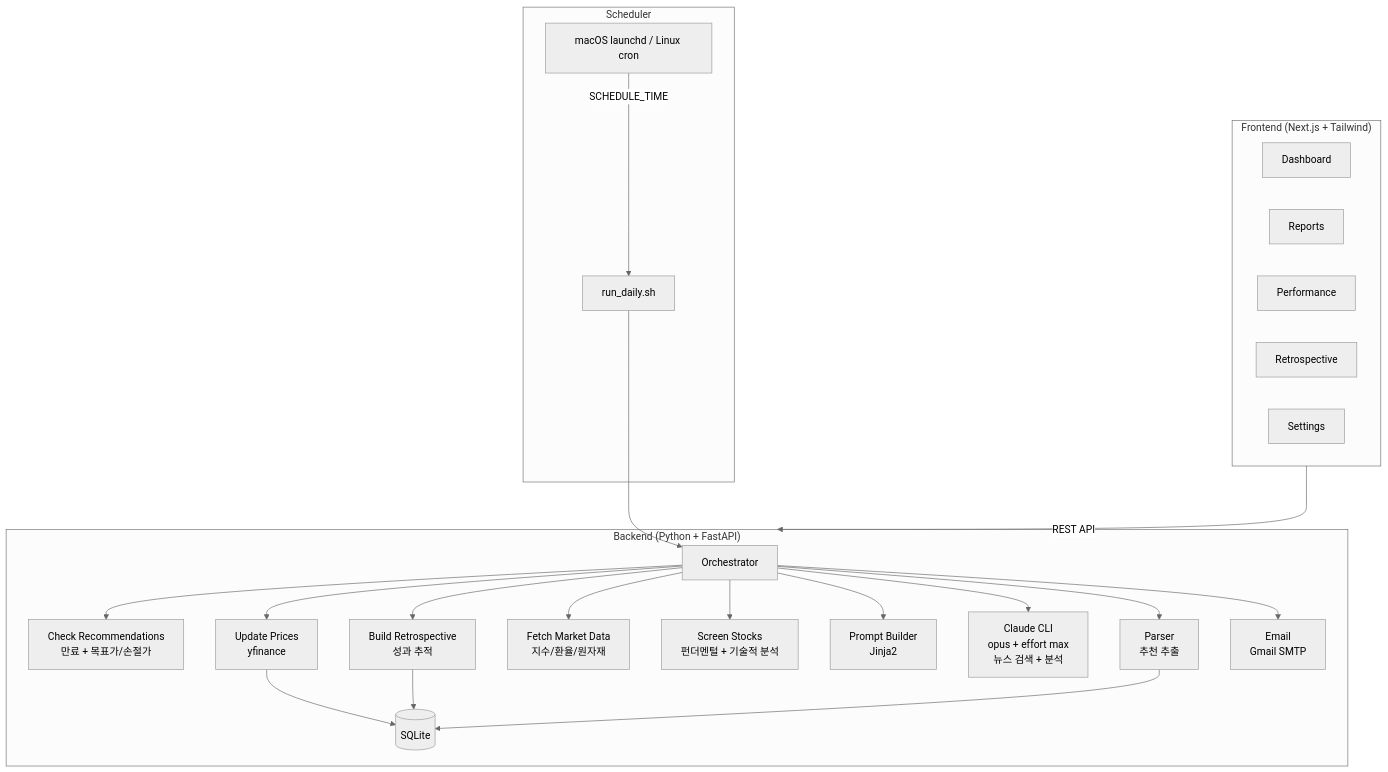
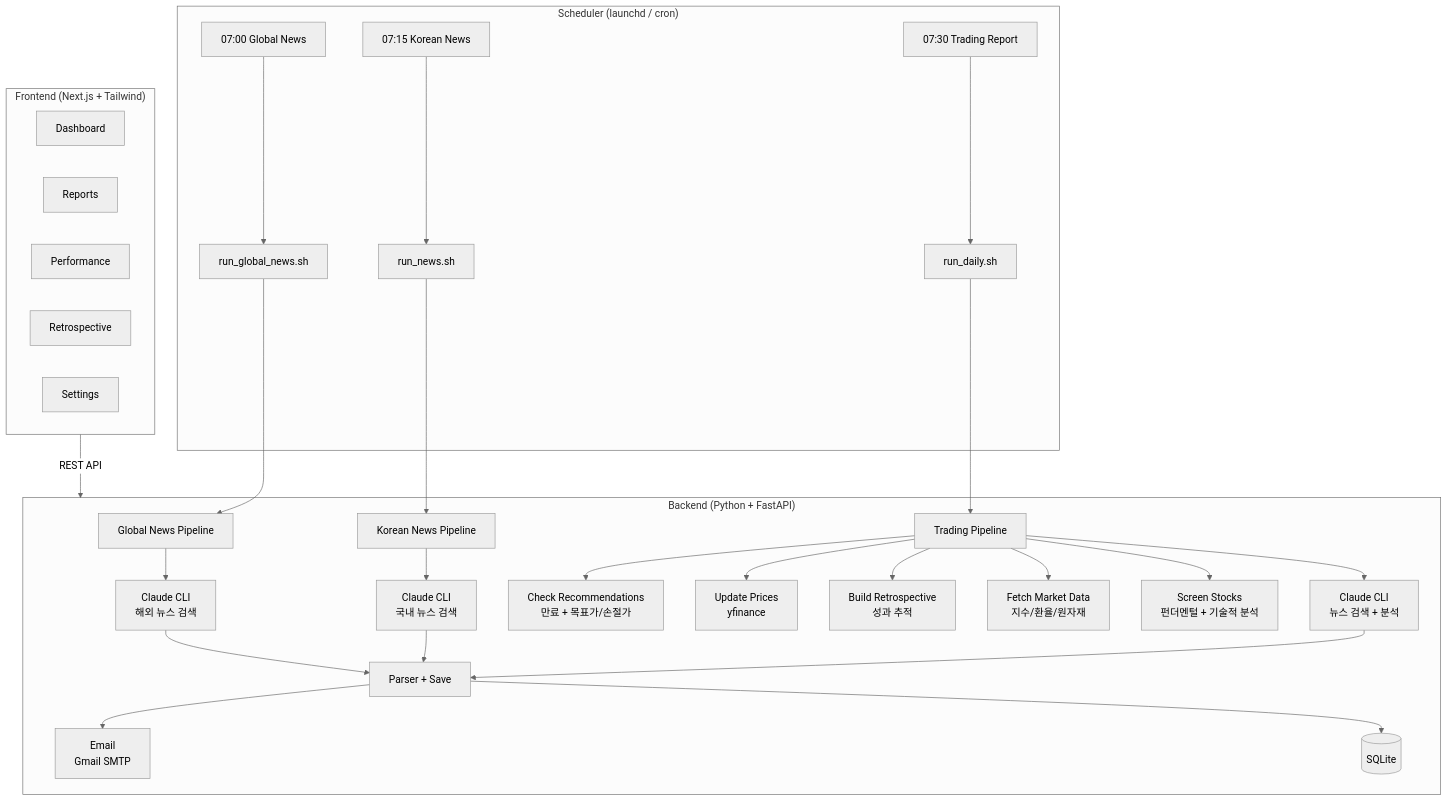
Before and after one commit to baba9811/daily-market-report: the diagram in README.md, drawn with Mermaid (neutral theme). The commit also changed other lines of this file and 13 other files, not shown here.

First line of the commit message:
feat: add global news briefing pipeline with triple scheduler support

````diff
--- a/README.md
+++ b/README.md
@@ -161,32 +199,40 @@
 ```mermaid
 graph TB
-    subgraph Scheduler
-        L[macOS launchd / Linux cron] -->|SCHEDULE_TIME| S[run_daily.sh]
+    subgraph Scheduler["Scheduler (launchd / cron)"]
+        S1[07:00 Global News] --> R1[run_global_news.sh]
+        S2[07:15 Korean News] --> R2[run_news.sh]
+        S3[07:30 Trading Report] --> R3[run_daily.sh]
     end
 
     subgraph Backend["Backend (Python + FastAPI)"]
-        S --> O[Orchestrator]
+        R1 --> GN[Global News Pipeline]
+        R2 --> KN[Korean News Pipeline]
+        R3 --> O[Trading Pipeline]
+
+        GN --> C1[Claude CLI<br/>해외 뉴스 검색]
+        KN --> C2[Claude CLI<br/>국내 뉴스 검색]
+
         O --> CK[Check Recommendations<br/>만료 + 목표가/손절가]
         O --> UP[Update Prices<br/>yfinance]
         O --> RT[Build Retrospective<br/>성과 추적]
         O --> MD[Fetch Market Data<br/>지수/환율/원자재]
         O --> SC[Screen Stocks<br/>펀더멘털 + 기술적 분석]
-        O --> PB[Prompt Builder<br/>Jinja2]
-        O --> C[Claude CLI<br/>opus + effort max<br/>뉴스 검색 + 분석]
-        O --> PR[Parser<br/>추천 추출]
-        O --> E[Email<br/>Gmail SMTP]
-        UP --> DB[(SQLite)]
-        RT --> DB
-        PR --> DB
+        O --> C3[Claude CLI<br/>뉴스 검색 + 분석]
+
+        C1 --> PR[Parser + Save]
+        C2 --> PR
+        C3 --> PR
+        PR --> E[Email<br/>Gmail SMTP]
+        PR --> DB[(SQLite)]
     end
 
     subgraph Frontend["Frontend (Next.js + Tailwind)"]
         D[Dashboard]
         RP[Reports]
         PF[Performance]
         RS[Retrospective]
         ST[Settings]
     end
 
     Frontend -->|REST API| Backend
 ```
````
